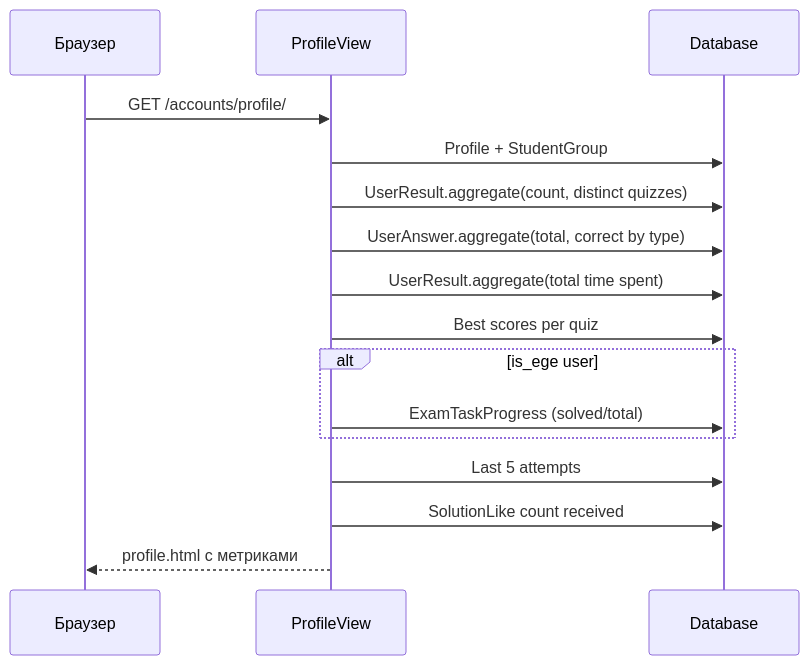
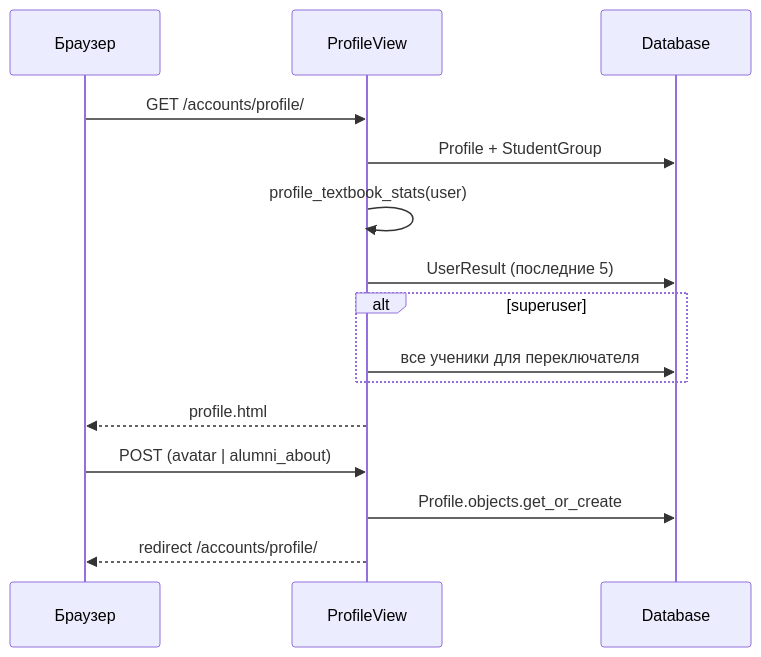
Before and after one commit to Kirill2517nv/SiteAboutMe: the diagram in docs/api/accounts.md, drawn with Mermaid. The commit also changed other lines of this file and 40 other files, not shown here.

````diff
--- a/docs/api/accounts.md
+++ b/docs/api/accounts.md
@@ -17,19 +22,19 @@
 ```mermaid
 sequenceDiagram
     participant B as Браузер
     participant V as ProfileView
     participant DB as Database
 
     B->>V: GET /accounts/profile/
     V->>DB: Profile + StudentGroup
-    V->>DB: UserResult.aggregate(count, distinct quizzes)
-    V->>DB: UserAnswer.aggregate(total, correct by type)
-    V->>DB: UserResult.aggregate(total time spent)
-    V->>DB: Best scores per quiz
-    alt is_ege user
-        V->>DB: ExamTaskProgress (solved/total)
+    V->>V: profile_textbook_stats(user)
+    V->>DB: UserResult (последние 5)
+    alt superuser
+        V->>DB: все ученики для переключателя
     end
-    V->>DB: Last 5 attempts
-    V->>DB: SolutionLike count received
-    V-->>B: profile.html с метриками
+    V-->>B: profile.html
+
+    B->>V: POST (avatar | alumni_about)
+    V->>DB: Profile.objects.get_or_create
+    V-->>B: redirect /accounts/profile/
 ```
````
